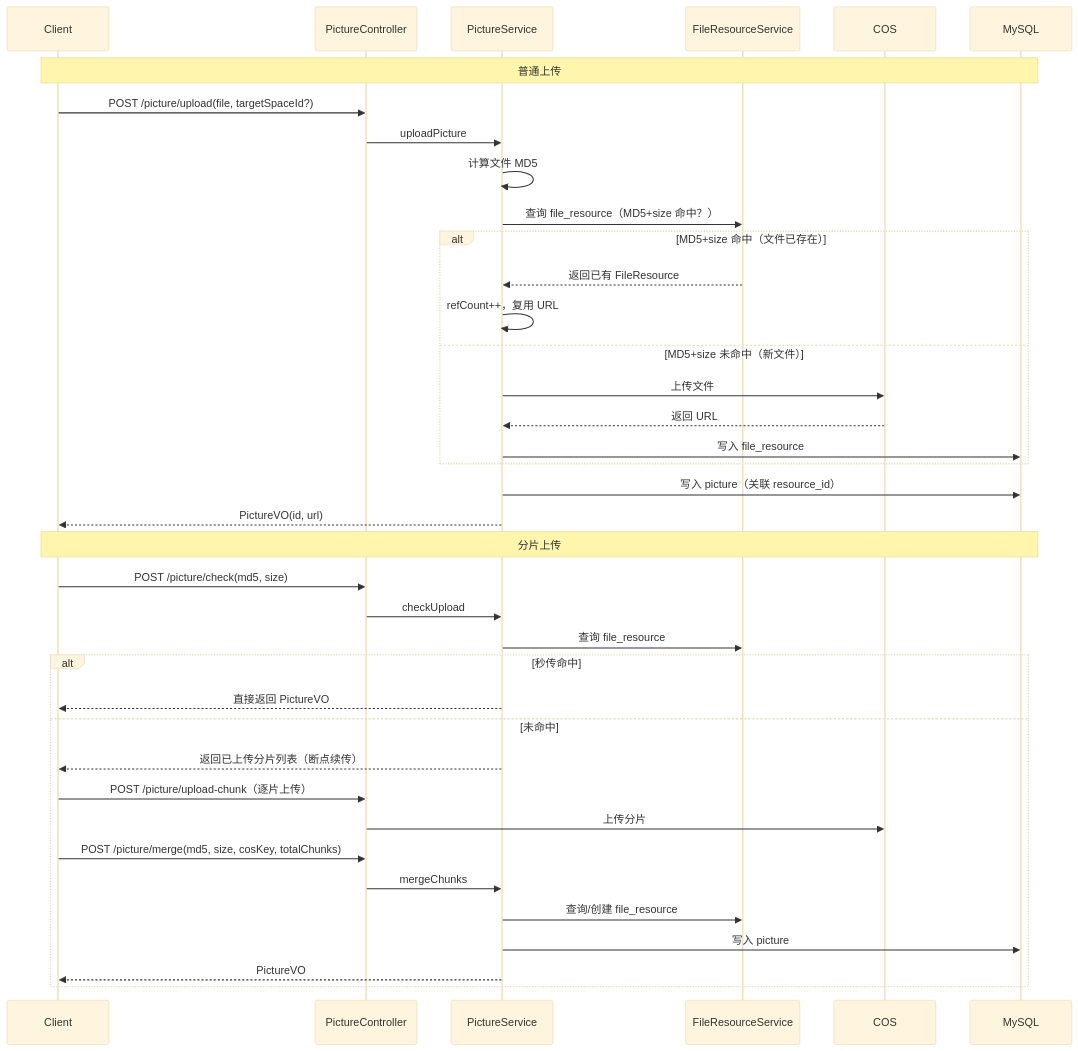
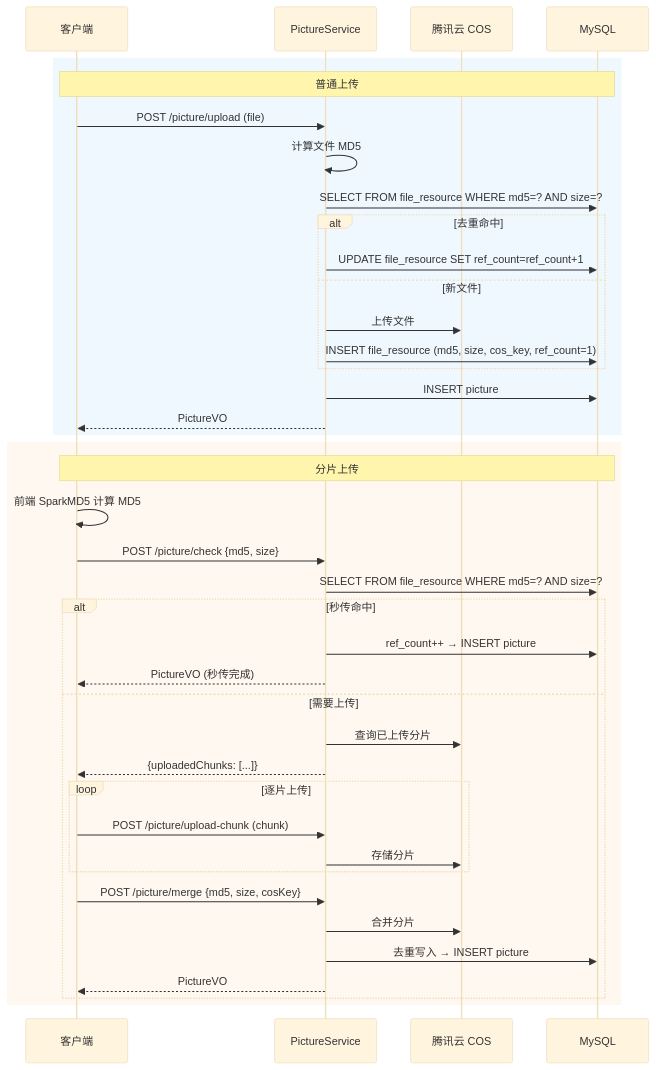
The fifth of 8 diagrams in model/uml_diagrams.md (FishDuM/AI.Image.Material.Collaboration.Platform), drawn with Mermaid (base theme) before and after one commit. The commit also changed other lines of this file and 106 other files, not shown here.

````diff
--- a/model/uml_diagrams.md
+++ b/model/uml_diagrams.md
@@ -491,42 +535,44 @@
 ```mermaid
 sequenceDiagram
-    participant C as Client
-    participant P as PictureController
-    participant PS as PictureService
-    participant FR as FileResourceService
-    participant COS as COS
+    participant C as 客户端
+    participant P as PictureService
+    participant COS as 腾讯云 COS
     participant DB as MySQL
 
-    Note over C,DB: 普通上传
-    C->>P: POST /picture/upload(file, targetSpaceId?)
-    P->>PS: uploadPicture
-    PS->>PS: 计算文件 MD5
-    PS->>FR: 查询 file_resource（MD5+size 命中？）
-    alt MD5+size 命中（文件已存在）
-        FR-->>PS: 返回已有 FileResource
-        PS->>PS: refCount++，复用 URL
-    else MD5+size 未命中（新文件）
-        PS->>COS: 上传文件
-        COS-->>PS: 返回 URL
-        PS->>DB: 写入 file_resource
+    rect rgb(240, 248, 255)
+        Note over C,DB: 普通上传
+        C->>P: POST /picture/upload (file)
+        P->>P: 计算文件 MD5
+        P->>DB: SELECT FROM file_resource WHERE md5=? AND size=?
+        alt 去重命中
+            P->>DB: UPDATE file_resource SET ref_count=ref_count+1
+        else 新文件
+            P->>COS: 上传文件
+            P->>DB: INSERT file_resource (md5, size, cos_key, ref_count=1)
+        end
+        P->>DB: INSERT picture
+        P-->>C: PictureVO
     end
-    PS->>DB: 写入 picture（关联 resource_id）
-    PS-->>C: PictureVO(id, url)
 
-    Note over C,DB: 分片上传
-    C->>P: POST /picture/check(md5, size)
-    P->>PS: checkUpload
-    PS->>FR: 查询 file_resource
-    alt 秒传命中
-        PS-->>C: 直接返回 PictureVO
-    else 未命中
-        PS-->>C: 返回已上传分片列表（断点续传）
-        C->>P: POST /picture/upload-chunk（逐片上传）
-        P->>COS: 上传分片
-        C->>P: POST /picture/merge(md5, size, cosKey, totalChunks)
-        P->>PS: mergeChunks
-        PS->>FR: 查询/创建 file_resource
-        PS->>DB: 写入 picture
-        PS-->>C: PictureVO
+    rect rgb(255, 248, 240)
+        Note over C,DB: 分片上传
+        C->>C: 前端 SparkMD5 计算 MD5
+        C->>P: POST /picture/check {md5, size}
+        P->>DB: SELECT FROM file_resource WHERE md5=? AND size=?
+        alt 秒传命中
+            P->>DB: ref_count++ → INSERT picture
+            P-->>C: PictureVO (秒传完成)
+        else 需要上传
+            P->>COS: 查询已上传分片
+            P-->>C: {uploadedChunks: [...]}
+            loop 逐片上传
+                C->>P: POST /picture/upload-chunk (chunk)
+                P->>COS: 存储分片
+            end
+            C->>P: POST /picture/merge {md5, size, cosKey}
+            P->>COS: 合并分片
+            P->>DB: 去重写入 → INSERT picture
+            P-->>C: PictureVO
+        end
     end
 ```
````
